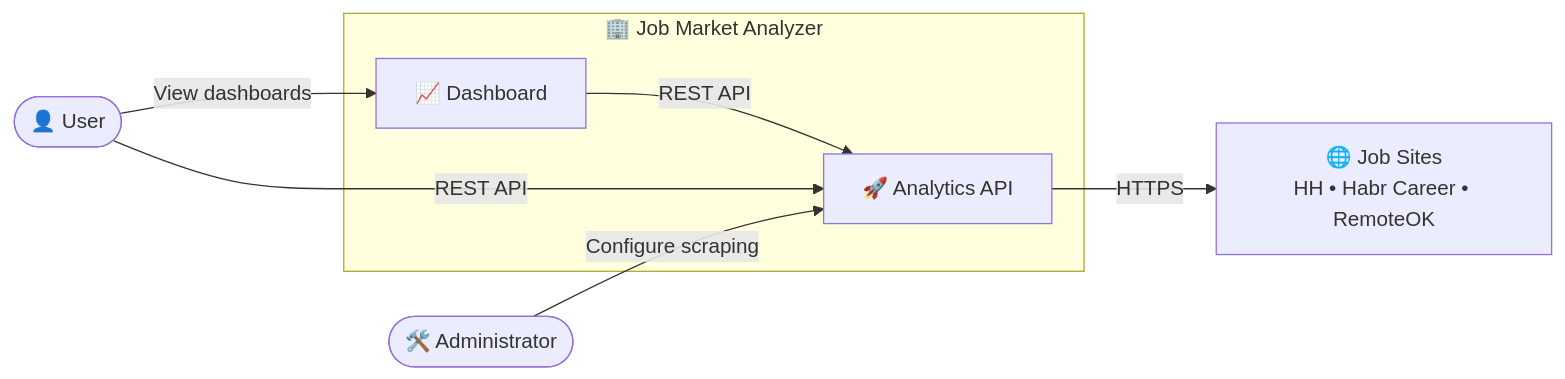
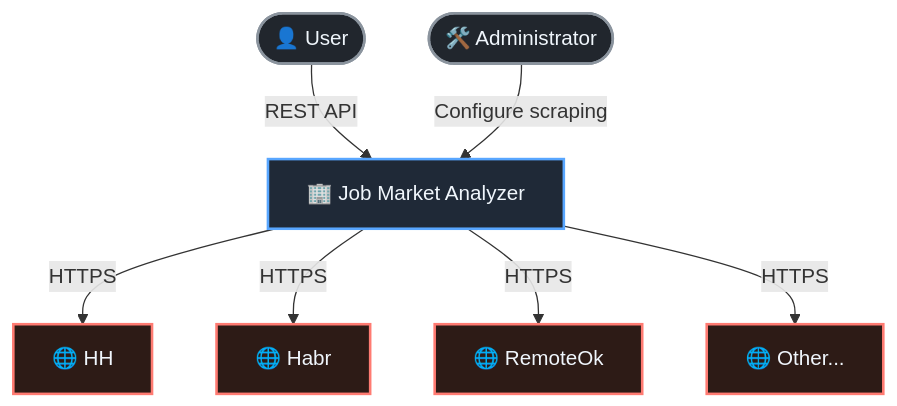
The first of 2 diagrams in docs/architecture/overview.md (ma1sky/job_market_analyzer), drawn with Mermaid before and after one commit. The commit also changed other lines of this file and 9 other files, not shown here.

````diff
--- a/docs/architecture/overview.md
+++ b/docs/architecture/overview.md
@@ -41,45 +41,63 @@
 ```mermaid
-flowchart LR
+flowchart TD
 
 %% ============================================================
 %% External Actors
 %% ============================================================
 
 user(["👤 User"])
 admin(["🛠️ Administrator"])
 
-sites["🌐 Job Sites<br/>HH • Habr Career • RemoteOK"]
-
-%% ============================================================
-%% System
-%% ============================================================
-
-subgraph system["🏢 Job Market Analyzer"]
-
-    dashboard["📈 Dashboard"]
-    app["🚀 Analytics API"]
-
-end
+hh["🌐 HH"]
+habr["🌐 Habr"]
+remoteok["🌐 RemoteOk"]
+system["🏢 Job Market Analyzer"]
+other["🌐 Other..."]
 
 %% ============================================================
 %% Relationships
 %% ============================================================
 
-user -->|"View dashboards"| dashboard
-dashboard -->|"REST API"| app
+user -->|"REST API"| system
 
-user -->|"REST API"| app
+admin -->|"Configure scraping"| system
 
-admin -->|"Configure scraping"| app
-
-app -->|"HTTPS"| sites
+system -->|"HTTPS"| hh
+system -->|"HTTPS"| habr
+system -->|"HTTPS"| remoteok
+system -->|"HTTPS"| other
 
 %% ============================================================
-%% Styles
+%%                        STYLES (classDef)
+%% ============================================================
+
+classDef actor fill:#21262D,stroke:#8B949E,stroke-width:2px,color:#F0F6FC;
+
+classDef service fill:#1F2937,stroke:#58A6FF,stroke-width:2px,color:#F0F6FC;
+
+classDef database fill:#0E4429,stroke:#3FB950,stroke-width:2px,color:#F0F6FC;
+
+classDef cache fill:#4D3A12,stroke:#F2CC60,stroke-width:2px,color:#F0F6FC;
+
+classDef queue fill:#4D3A12,stroke:#F2CC60,stroke-width:2px,color:#F0F6FC;
+
+classDef dashboard fill:#35264C,stroke:#BC8CFF,stroke-width:2px,color:#F0F6FC;
+
+classDef external fill:#2D1B16,stroke:#FF7B72,stroke-width:2px,color:#F0F6FC;
+
+classDef storage fill:#0E4429,stroke:#2EA043,stroke-width:2px,color:#F0F6FC;
+
+classDef scheduler fill:#3A2F00,stroke:#D29922,stroke-width:2px,color:#F0F6FC;
+
+classDef message fill:#2D333B,stroke:#768390,stroke-width:1px,color:#F0F6FC;
+
+classDef brokerFill fill:#4D3A12,stroke:#F2CC60,stroke-width:2px,color:#F0F6FC;
+
+%% ============================================================
+%%                 APPLYING STYLES (class)
 %% ============================================================
 
 class user,admin actor
-class app service
-class dashboard dashboard
-class sites external
+class system service
+class hh,habr,other,remoteok external
 ```
````
